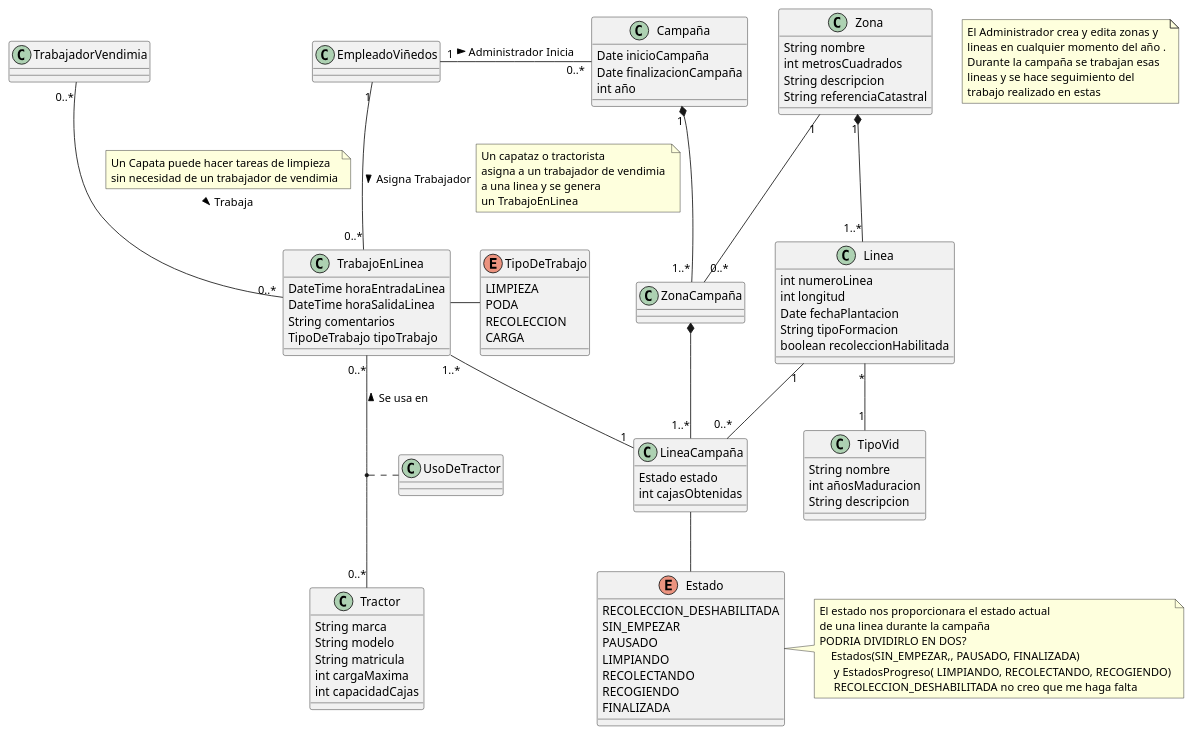
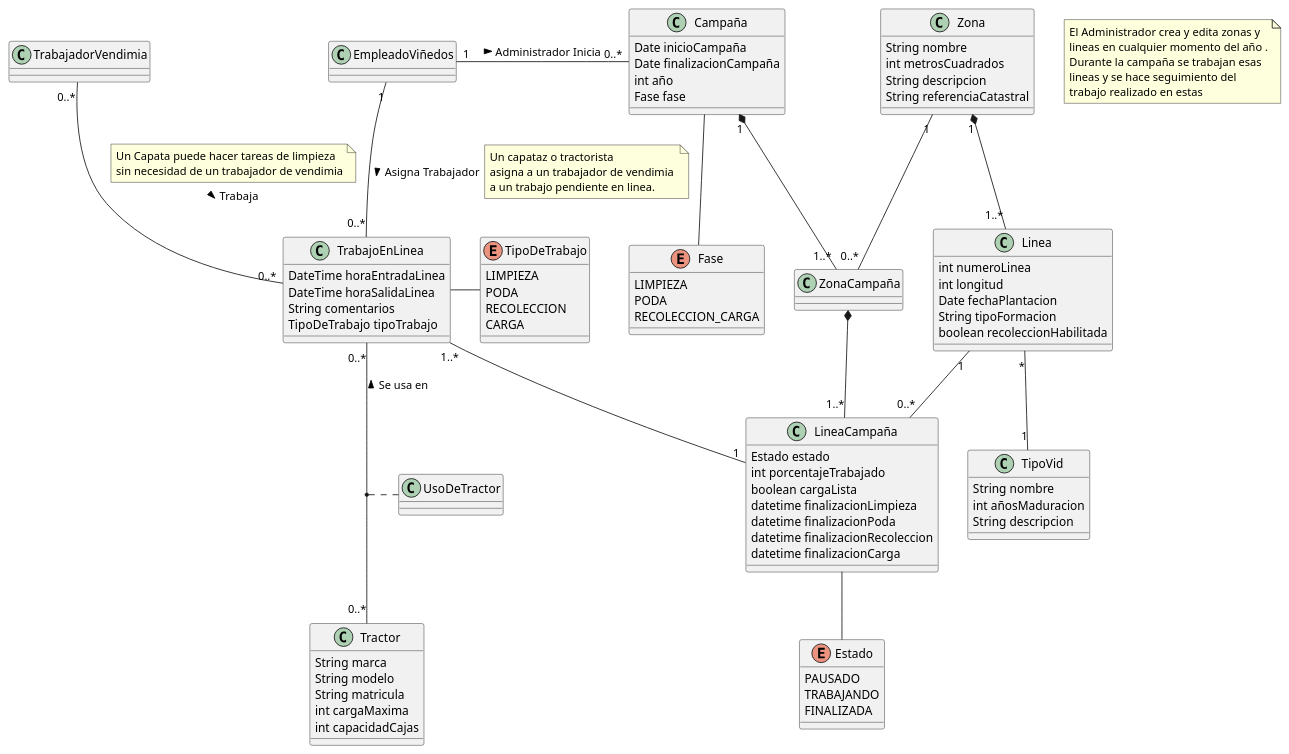
Before and after one commit to mateotd2/TFG_Harvest_Doc: the diagram in Clases Persistentes UML/Zona-Lineas.wsd, drawn with PlantUML. The commit also changed 5 other files, not shown here.

Commit message:
Añadida documentacion y diagramas de flujo

```diff
--- a/Clases Persistentes UML/Zona-Lineas.wsd
+++ b/Clases Persistentes UML/Zona-Lineas.wsd
@@ -1,150 +1,160 @@
 @startuml CapaPersistencia1
 
 
 class Zona {
     String nombre
     int metrosCuadrados
     String descripcion
     String referenciaCatastral
     
 
 }
 
 note as N1
     El Administrador crea y edita zonas y 
     lineas en cualquier momento del año .
     Durante la campaña se trabajan esas 
     lineas y se hace seguimiento del
     trabajo realizado en estas
 end note
 class Linea {
     int numeroLinea
     int longitud
     Date fechaPlantacion
     String tipoFormacion
     boolean recoleccionHabilitada
 }
 
 class TipoVid{
     String nombre
     int añosMaduracion
     String descripcion
 }
 
 class TrabajadorVendimia{
 
 }
 
 
 class TrabajoEnLinea{
     DateTime horaEntradaLinea
     DateTime horaSalidaLinea
     String comentarios
     TipoDeTrabajo tipoTrabajo
 }
 
 Enum TipoDeTrabajo{
     LIMPIEZA
     PODA
     RECOLECCION
     CARGA
 
 }
 
 class Campaña{
     Date inicioCampaña
     Date finalizacionCampaña
     int año
+    Fase fase
 
 }
 
 class LineaCampaña{
     Estado estado
-    int cajasObtenidas
+    int porcentajeTrabajado
+    boolean cargaLista
+    datetime finalizacionLimpieza
+    datetime finalizacionPoda
+    datetime finalizacionRecoleccion
+    datetime finalizacionCarga
 }
 
 enum Estado{
-    RECOLECCION_DESHABILITADA
-    SIN_EMPEZAR
     PAUSADO
-    LIMPIANDO
-    RECOLECTANDO
-    RECOGIENDO
+    TRABAJANDO
     FINALIZADA
 }
-note right of Estado
-    El estado nos proporcionara el estado actual 
-    de una linea durante la campaña
-    PODRIA DIVIDIRLO EN DOS? 
-        Estados(SIN_EMPEZAR,, PAUSADO, FINALIZADA)
-         y EstadosProgreso( LIMPIANDO, RECOLECTANDO, RECOGIENDO)
-         RECOLECCION_DESHABILITADA no creo que me haga falta
-end note
+
+enum Fase{
+    LIMPIEZA
+    PODA
+    RECOLECCION_CARGA
+}
+
+
+' note right of Estado
+'     El estado nos proporcionara el estado actual 
+'     de una linea durante la campaña
+'     PODRIA DIVIDIRLO EN DOS? 
+'         Estados(SIN_EMPEZAR,, PAUSADO, FINALIZADA)
+'          y EstadosProgreso( LIMPIANDO, RECOLECTANDO, RECOGIENDO)
+'          RECOLECCION_DESHABILITADA no creo que me haga falta
+' end note
 
 class ZonaCampaña{
     
 }
 
 
 class EmpleadoViñedos{
 }
 
 class Tractor{
     String marca
     String modelo
     String matricula
     int cargaMaxima
     int capacidadCajas
 }
 
 class UsoDeTractor{
     
 }
  
 
 TrabajoEnLinea "0..*" -up- "0..*" Tractor : > Se usa en 
 
 (TrabajoEnLinea,Tractor) ..  UsoDeTractor
 
 EmpleadoViñedos "1" -- "0..*" TrabajoEnLinea : Asigna Trabajador >
 note right on link
     Un capataz o tractorista
     asigna a un trabajador de vendimia 
-    a una linea y se genera
-    un TrabajoEnLinea
+    a un trabajo pendiente en linea.
 end note
 
 EmpleadoViñedos "1  "-right- "0..*" Campaña : Administrador Inicia >
 
 TrabajadorVendimia "0..*" -- "0..*" TrabajoEnLinea : Trabaja >
 note top on link
     Un Capata puede hacer tareas de limpieza 
     sin necesidad de un trabajador de vendimia
 end note
 
 
 ' EmpleadoViñedos "1" -- "0..*" Zona : administra >
 
 Zona "1" *-- "1..*" Linea
 Linea "*" -- "1" TipoVid
 
 
 TrabajoEnLinea "1..*" --  "1" LineaCampaña
 
 TrabajoEnLinea -right- TipoDeTrabajo
 
 Linea "1" --  "0..*" LineaCampaña
 Zona "1" -- "0..*"  ZonaCampaña 
 
 LineaCampaña -- Estado
 
 Campaña "1" *-- "1..*" ZonaCampaña
 ZonaCampaña *-- "1..*" LineaCampaña 
 
+Campaña -- Fase
 
 
 
 
 ' Problema: Que pasa si una linea es deshabilitada a mitad de campaña? DEBE DESHABILITARSE de la campaña si no se hizo recoleccion. PROBAR ESTO
 
 @enduml
```
